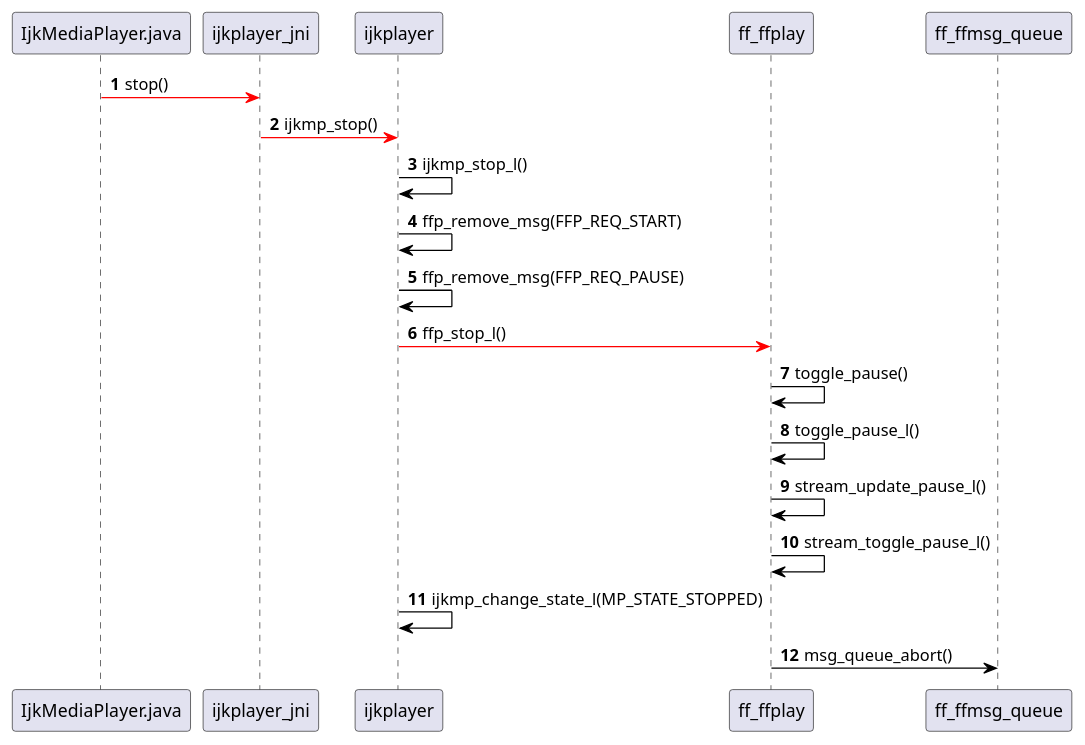
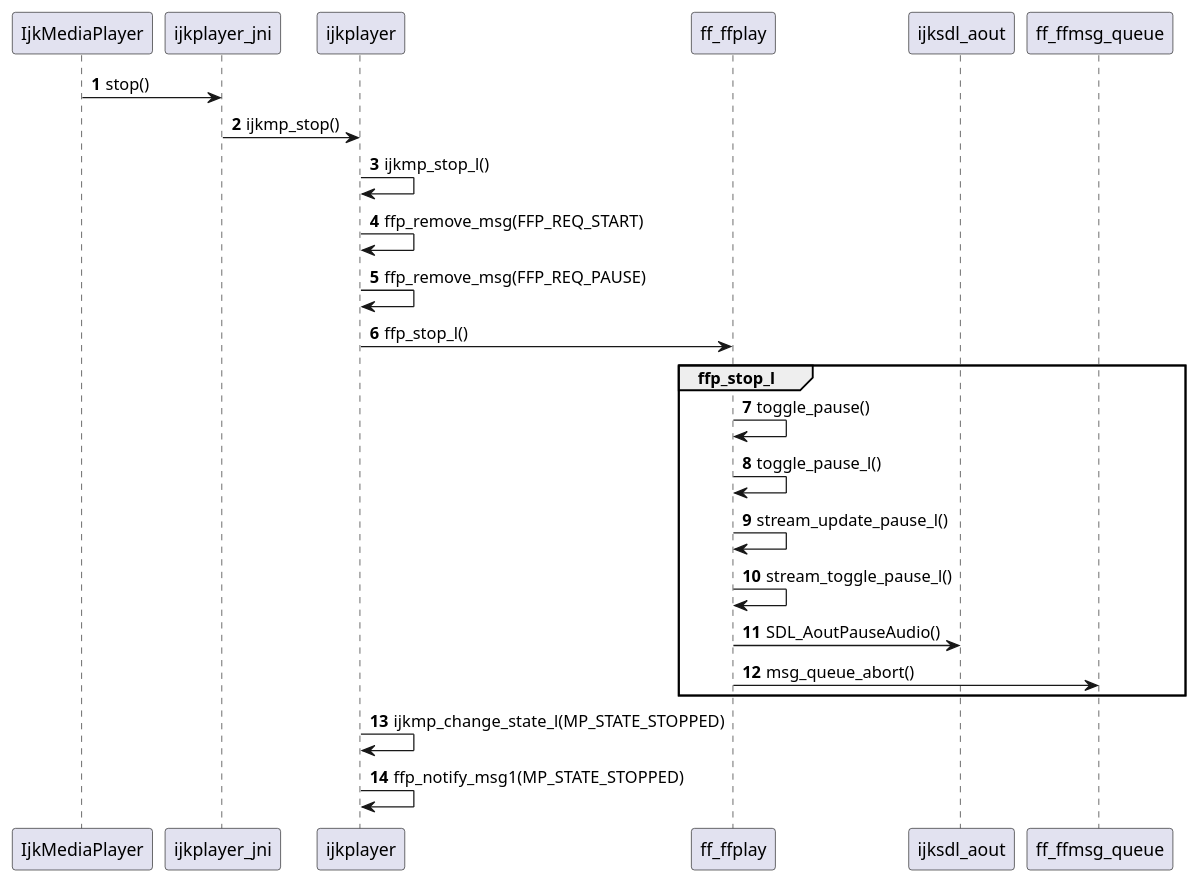
The diagram in doc/IjkPlayer/Sequence/ijkplayer_jni-stop.puml (biezhihua/SMusic), drawn with PlantUML before and after one commit. The commit also changed 16 other files, not shown here.

```diff
--- a/doc/IjkPlayer/Sequence/ijkplayer_jni-stop.puml
+++ b/doc/IjkPlayer/Sequence/ijkplayer_jni-stop.puml
@@ -1,28 +1,37 @@
 @startuml
 autonumber
 
-IjkMediaPlayer.java [#FF0000]-> ijkplayer_jni:stop()
+IjkMediaPlayer -> ijkplayer_jni:stop()
 
-ijkplayer_jni [#FF0000]-> ijkplayer:ijkmp_stop()
+ijkplayer_jni -> ijkplayer:ijkmp_stop()
 
-ijkplayer [#000000]-> ijkplayer:ijkmp_stop_l()
+ijkplayer -> ijkplayer:ijkmp_stop_l()
 
-ijkplayer [#000000]-> ijkplayer:ffp_remove_msg(FFP_REQ_START)
+ijkplayer -> ijkplayer:ffp_remove_msg(FFP_REQ_START)
 
-ijkplayer [#000000]-> ijkplayer:ffp_remove_msg(FFP_REQ_PAUSE)
+ijkplayer -> ijkplayer:ffp_remove_msg(FFP_REQ_PAUSE)
 
-ijkplayer [#FF0000]-> ff_ffplay:ffp_stop_l()
+ijkplayer -> ff_ffplay:ffp_stop_l()
 
-ff_ffplay [#000000]-> ff_ffplay:toggle_pause()
+group ffp_stop_l
 
-ff_ffplay [#000000]-> ff_ffplay:toggle_pause_l()
+ff_ffplay -> ff_ffplay:toggle_pause()
 
-ff_ffplay [#000000]-> ff_ffplay:stream_update_pause_l()
+ff_ffplay -> ff_ffplay:toggle_pause_l()
 
-ff_ffplay [#000000]-> ff_ffplay:stream_toggle_pause_l()
+ff_ffplay -> ff_ffplay:stream_update_pause_l()
 
-ijkplayer [#000000]-> ijkplayer:ijkmp_change_state_l(MP_STATE_STOPPED)
+ff_ffplay -> ff_ffplay:stream_toggle_pause_l()
 
-ff_ffplay [#000000]-> ff_ffmsg_queue:msg_queue_abort()
+ff_ffplay -> ijksdl_aout:SDL_AoutPauseAudio()
+
+ff_ffplay -> ff_ffmsg_queue:msg_queue_abort()
+
+end
+
+ijkplayer -> ijkplayer:ijkmp_change_state_l(MP_STATE_STOPPED)
+
+ijkplayer -> ijkplayer:ffp_notify_msg1(MP_STATE_STOPPED)
+
 
 @enduml
```
